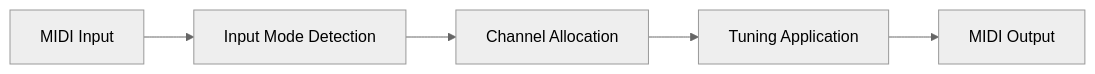
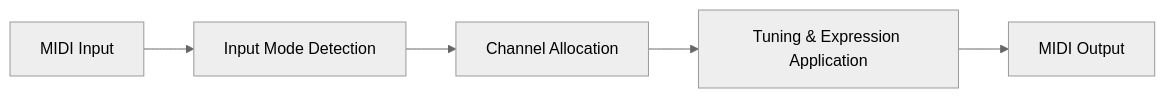
Before and after one commit to calinburloiu/microtonalist: the first of 2 diagrams in docs/architecture/tuner/mpe-tuner-paper.md, drawn with Mermaid (neutral theme). The commit also changed other lines of this file and 4 other files, not shown here.

````diff
--- a/docs/architecture/tuner/mpe-tuner-paper.md
+++ b/docs/architecture/tuner/mpe-tuner-paper.md
@@ -109,7 +126,7 @@
 ```mermaid
 flowchart LR
     A["MIDI Input"] --> B["Input Mode Detection"]
     B --> C["Channel Allocation"]
-    C --> D["Tuning Application"]
+    C --> D["Tuning & Expression Application"]
     D --> E["MIDI Output"]
 ```
````
